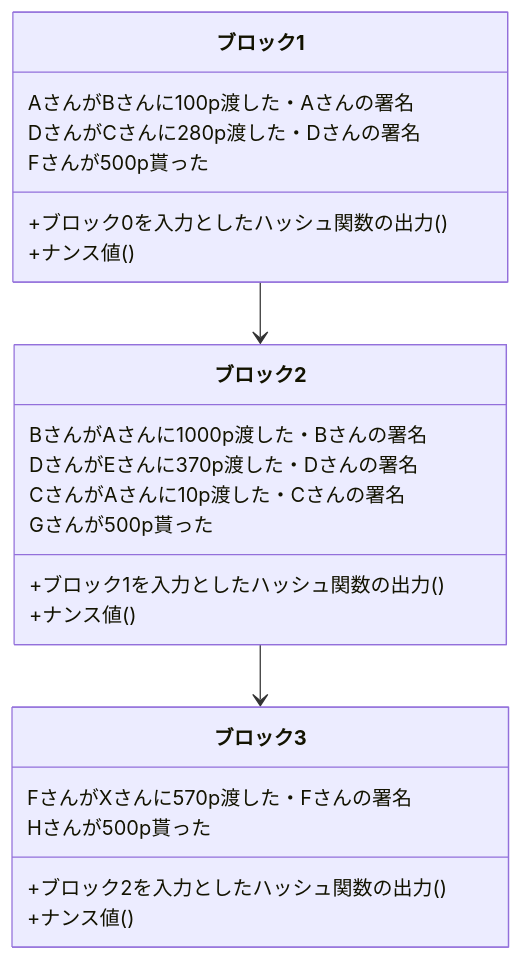
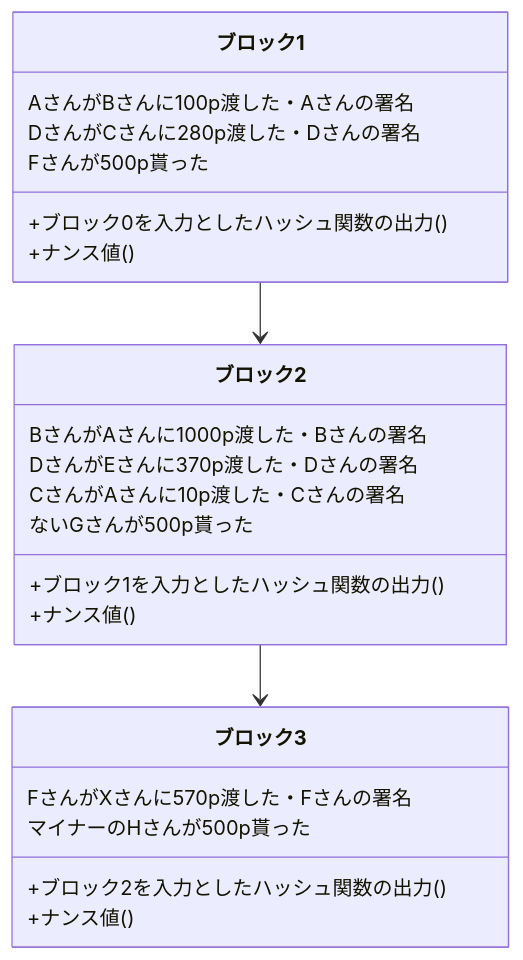
The first of 2 diagrams in articles/仮想通貨と電子決済の仕組み.md (sonneko/sf-articles), drawn with Mermaid before and after one commit. The commit also changed other lines of this file, not shown here.

````diff
--- a/articles/仮想通貨と電子決済の仕組み.md
+++ b/articles/仮想通貨と電子決済の仕組み.md
@@ -65,27 +65,27 @@
 ```mermaid
 classDiagram
 	ブロック1-->ブロック2
 	ブロック2-->ブロック3
 	class ブロック1{
 		+ブロック0を入力としたハッシュ関数の出力()
 		AさんがBさんに100p渡した・Aさんの署名
 		DさんがCさんに280p渡した・Dさんの署名
 		Fさんが500p貰った
 		+ナンス値()
 	}
 	class ブロック2{
 		+ブロック1を入力としたハッシュ関数の出力()
 		BさんがAさんに1000p渡した・Bさんの署名
 		DさんがEさんに370p渡した・Dさんの署名
 		CさんがAさんに10p渡した・Cさんの署名
-		Gさんが500p貰った
+		ないGさんが500p貰った
 		+ナンス値()
 	}
 	class ブロック3{
 		+ブロック2を入力としたハッシュ関数の出力()
 		FさんがXさんに570p渡した・Fさんの署名
-		Hさんが500p貰った
+		マイナーのHさんが500p貰った
 		+ナンス値()
 	}
 
 ```
````
